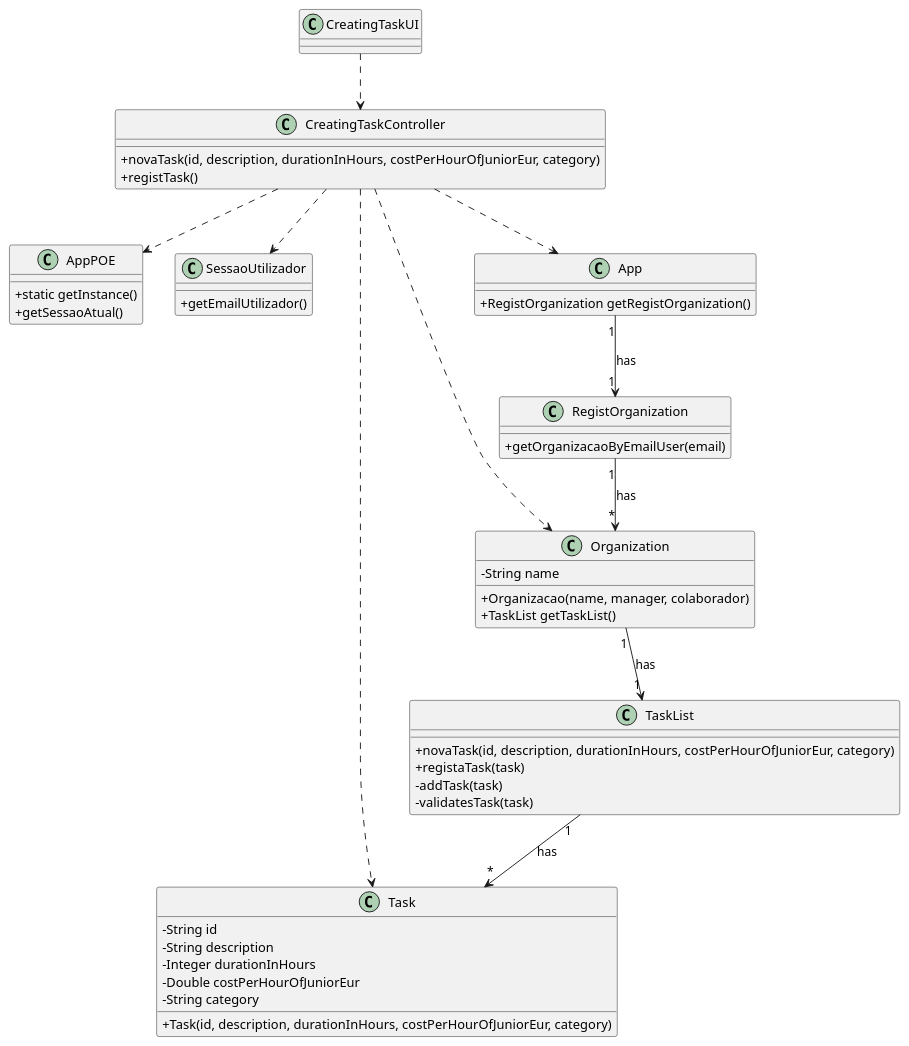
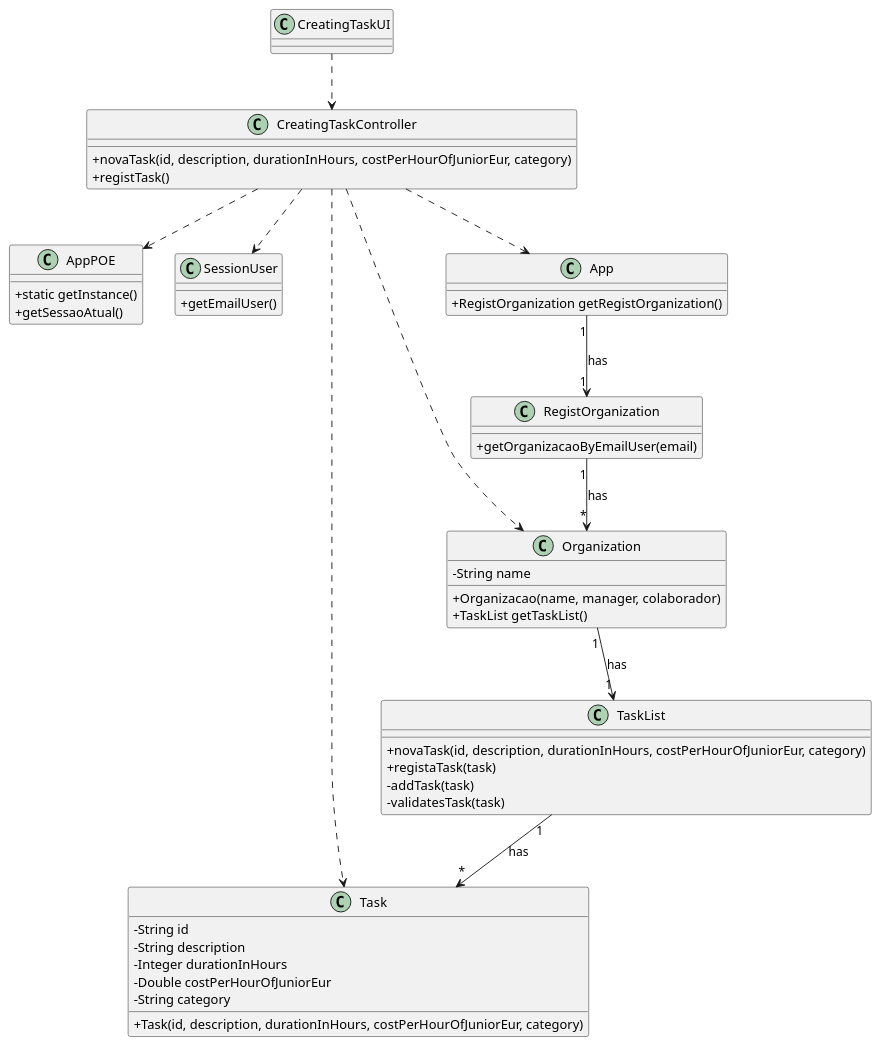
The diagram in docs/UC_02/UC02_CD.puml (botelho-io/lapr2-2020-g029), drawn with PlantUML before and after one commit. The commit also changed 27 other files, not shown here.

```diff
--- a/docs/UC_02/UC02_CD.puml
+++ b/docs/UC_02/UC02_CD.puml
@@ -1,65 +1,65 @@
 @startuml
 skinparam classAttributeIconSize 0
 
 class AppPOE{
   +static getInstance()
   +getSessaoAtual()
 }
 
-class SessaoUtilizador{
-  +getEmailUtilizador()
+class SessionUser{
+  +getEmailUser()
 }
 
 class Task {
         - String id
         - String description
         - Integer durationInHours
         - Double costPerHourOfJuniorEur
         - String category
   +Task(id, description, durationInHours, costPerHourOfJuniorEur, category)
 }
 
 
 class Organization {
         - String name
   +Organizacao(name, manager, colaborador)
   +TaskList getTaskList()
 }
 
 class TaskList {
   +novaTask(id, description, durationInHours, costPerHourOfJuniorEur, category)
   +registaTask(task)
   -addTask(task)
   -validatesTask(task)
 }
 
 class App{
   +RegistOrganization getRegistOrganization()
 }
 
 class RegistOrganization {
   +getOrganizacaoByEmailUser(email)
 }
 
 class CreatingTaskController {
   +novaTask(id, description, durationInHours, costPerHourOfJuniorEur, category)
   +registTask()
 }
 
 class CreatingTaskUI {
 
 }
 
 CreatingTaskUI ..> CreatingTaskController
 CreatingTaskController ..> App
 CreatingTaskController ..> Task
 CreatingTaskController ..> Organization
 CreatingTaskController ..> AppPOE
-CreatingTaskController ..> SessaoUtilizador
+CreatingTaskController ..> SessionUser
 App "1" --> "1" RegistOrganization : has
 RegistOrganization "1" --> "*" Organization : has
 Organization "1" --> "1" TaskList : has
 TaskList "1" --> "*" Task : has
 
 
 @enduml
```
